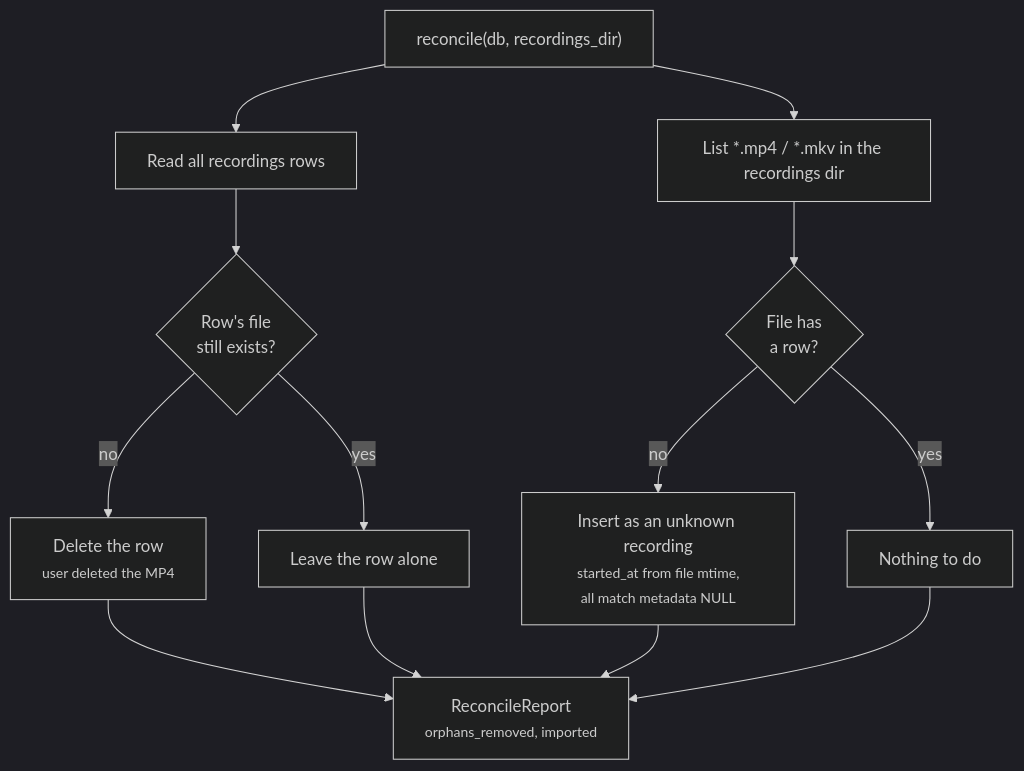
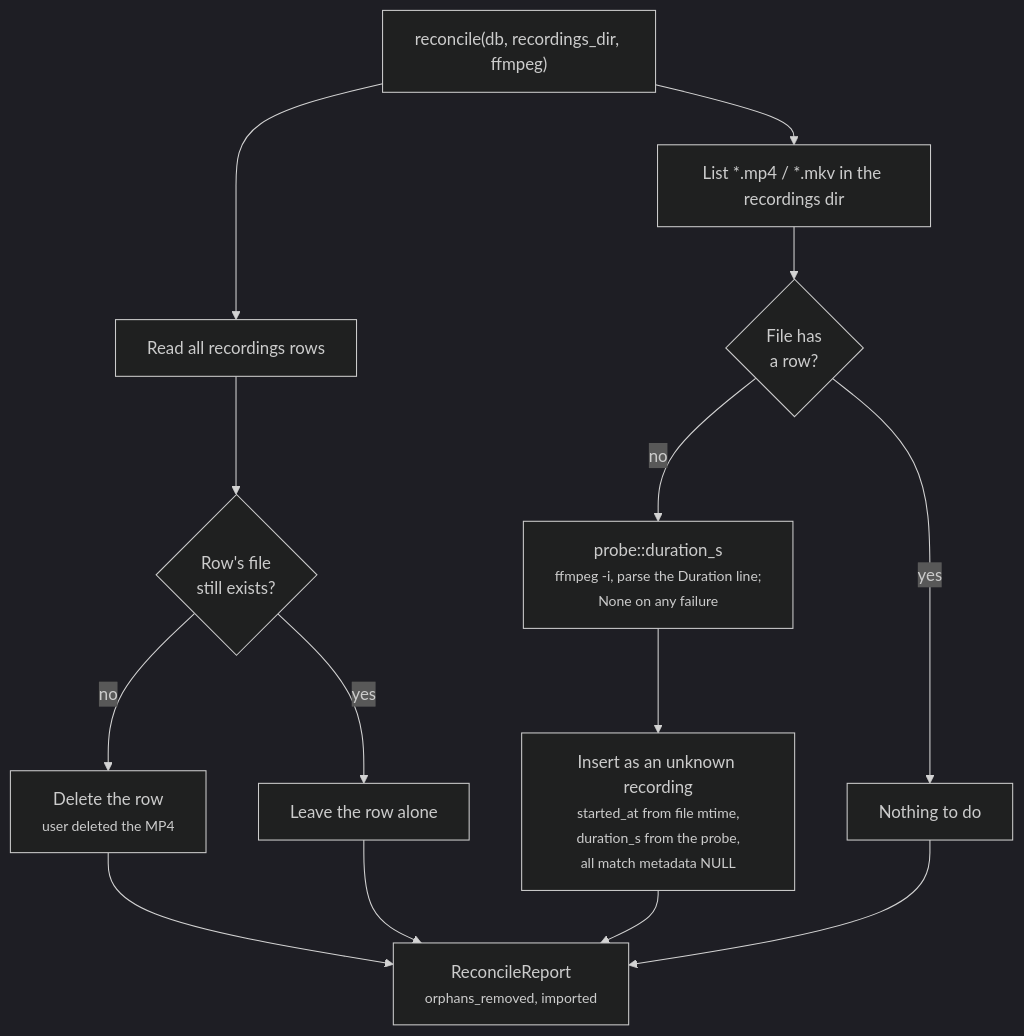
Before and after one commit to NinjaGoldfinch/ninja-recorder: the second of 3 diagrams in docs/data-model.md, drawn with Mermaid (dark theme). The commit also changed other lines of this file and 7 other files, not shown here.

````diff
--- a/docs/data-model.md
+++ b/docs/data-model.md
@@ -231,15 +231,16 @@
 ```mermaid
 flowchart TB
-    START["reconcile(db, recordings_dir)"] --> ROWS["Read all recordings rows"]
+    START["reconcile(db, recordings_dir, ffmpeg)"] --> ROWS["Read all recordings rows"]
     START --> FILES["List *.mp4 / *.mkv in the recordings dir"]
     ROWS --> C1{"Row's file<br/>still exists?"}
     C1 -->|"no"| DROP["Delete the row<br/><small>user deleted the MP4</small>"]
     C1 -->|"yes"| KEEP["Leave the row alone"]
     FILES --> C2{"File has<br/>a row?"}
-    C2 -->|"no"| IMPORT["Insert as an unknown recording<br/><small>started_at from file mtime,<br/>all match metadata NULL</small>"]
+    C2 -->|"no"| PROBE["probe::duration_s<br/><small>ffmpeg -i, parse the Duration line;<br/>None on any failure</small>"]
+    PROBE --> IMPORT["Insert as an unknown recording<br/><small>started_at from file mtime,<br/>duration_s from the probe,<br/>all match metadata NULL</small>"]
     C2 -->|"yes"| SKIP["Nothing to do"]
     DROP --> REP["ReconcileReport<br/><small>orphans_removed, imported</small>"]
     KEEP --> REP
     IMPORT --> REP
     SKIP --> REP
 ```
````
